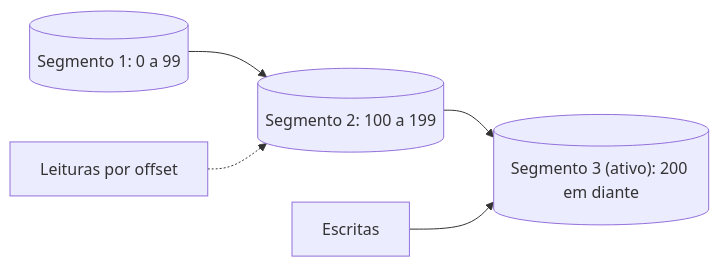
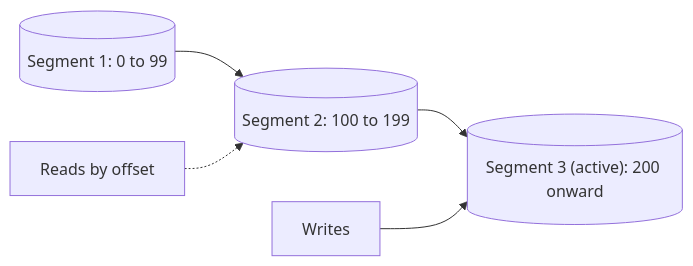
Before and after one commit to alancesar/design-patterns: the diagram in docs/architecture/distributed-systems/data-replication/segmented-log.md, drawn with Mermaid. The commit also changed 258 other files, not shown here.

First line of the commit message:
Translate Mermaid diagrams to English

````diff
--- a/docs/architecture/distributed-systems/data-replication/segmented-log.md
+++ b/docs/architecture/distributed-systems/data-replication/segmented-log.md
@@ -54,7 +54,7 @@
 ```mermaid
 flowchart LR
-    S1[("Segmento 1: 0 a 99")] --> S2[("Segmento 2: 100 a 199")]
-    S2 --> S3[("Segmento 3 (ativo): 200 em diante")]
-    W["Escritas"] --> S3
-    R["Leituras por offset"] -.-> S2
+    S1[("Segment 1: 0 to 99")] --> S2[("Segment 2: 100 to 199")]
+    S2 --> S3[("Segment 3 (active): 200 onward")]
+    W["Writes"] --> S3
+    R["Reads by offset"] -.-> S2
 ```
````
